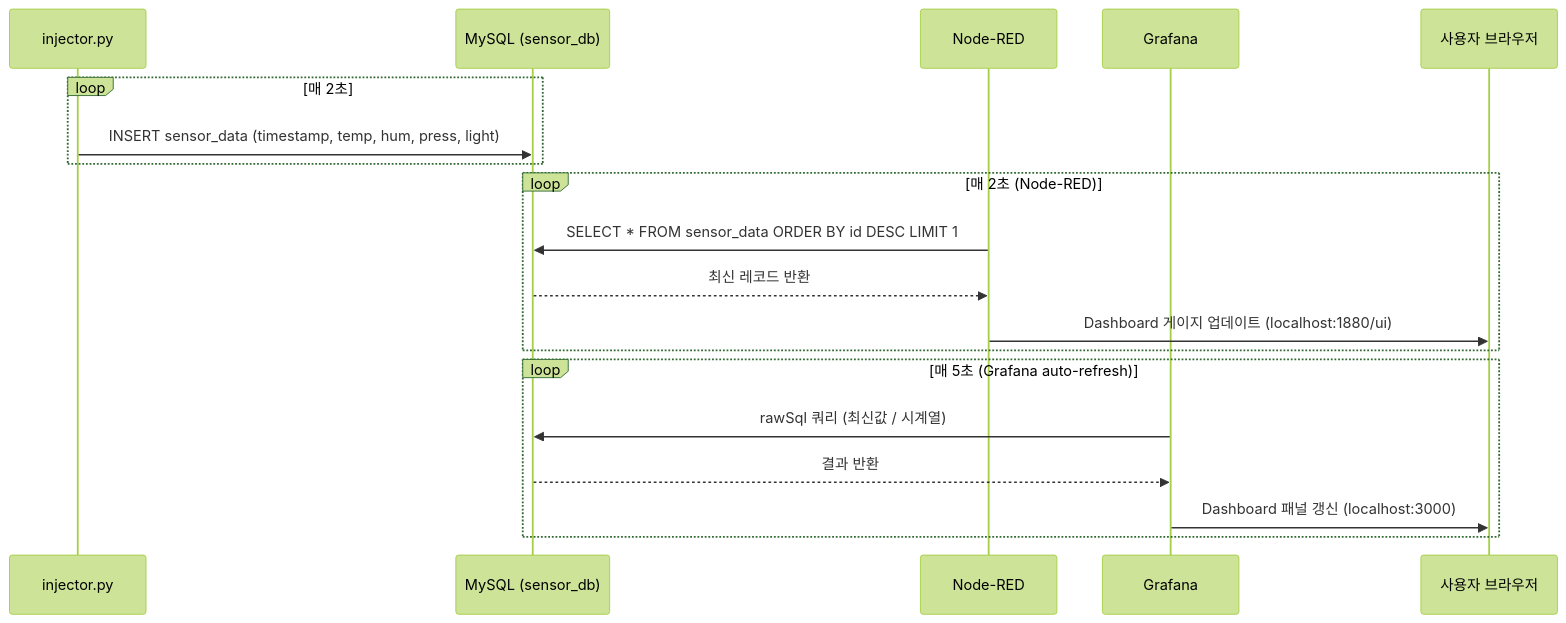
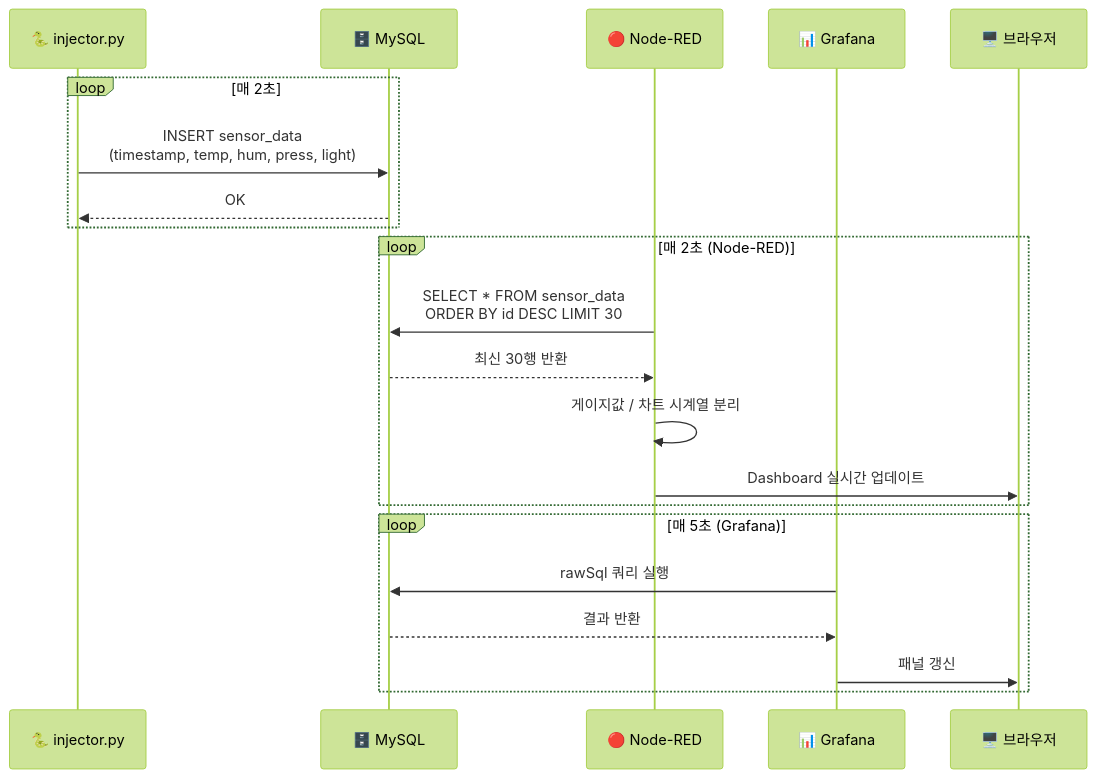
The second of 2 diagrams in project.md (spickingerqc-web/sensor-monitoring), drawn with Mermaid (forest theme) before and after one commit. The commit also changed other lines of this file and 1 other file, not shown here.

````diff
--- a/project.md
+++ b/project.md
@@ -72,24 +155,26 @@
 ```mermaid
 sequenceDiagram
-    participant PY  as injector.py
-    participant DB  as MySQL (sensor_db)
-    participant NR  as Node-RED
-    participant GF  as Grafana
-    participant USER as 사용자 브라우저
+    participant PY  as 🐍 injector.py
+    participant DB  as 🗄️ MySQL
+    participant NR  as 🔴 Node-RED
+    participant GF  as 📊 Grafana
+    participant USR as 🖥️ 브라우저
 
     loop 매 2초
-        PY->>DB: INSERT sensor_data (timestamp, temp, hum, press, light)
+        PY->>DB: INSERT sensor_data<br/>(timestamp, temp, hum, press, light)
+        DB-->>PY: OK
     end
 
     loop 매 2초 (Node-RED)
-        NR->>DB: SELECT * FROM sensor_data ORDER BY id DESC LIMIT 1
-        DB-->>NR: 최신 레코드 반환
-        NR->>USER: Dashboard 게이지 업데이트 (localhost:1880/ui)
+        NR->>DB: SELECT * FROM sensor_data<br/>ORDER BY id DESC LIMIT 30
+        DB-->>NR: 최신 30행 반환
+        NR->>NR: 게이지값 / 차트 시계열 분리
+        NR->>USR: Dashboard 실시간 업데이트
     end
 
-    loop 매 5초 (Grafana auto-refresh)
-        GF->>DB: rawSql 쿼리 (최신값 / 시계열)
+    loop 매 5초 (Grafana)
+        GF->>DB: rawSql 쿼리 실행
         DB-->>GF: 결과 반환
-        GF->>USER: Dashboard 패널 갱신 (localhost:3000)
+        GF->>USR: 패널 갱신
     end
 ```
````
